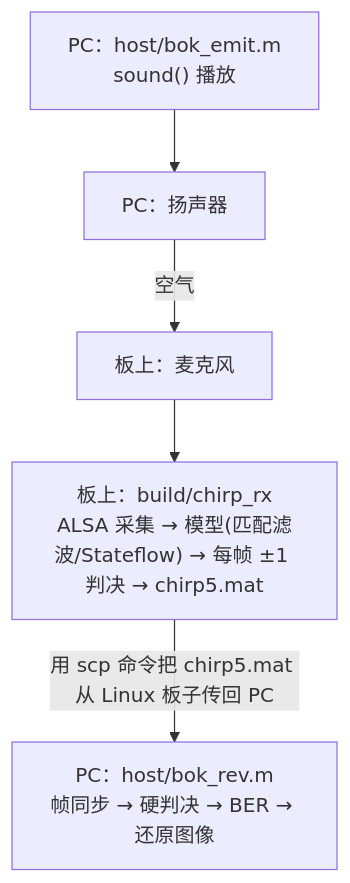
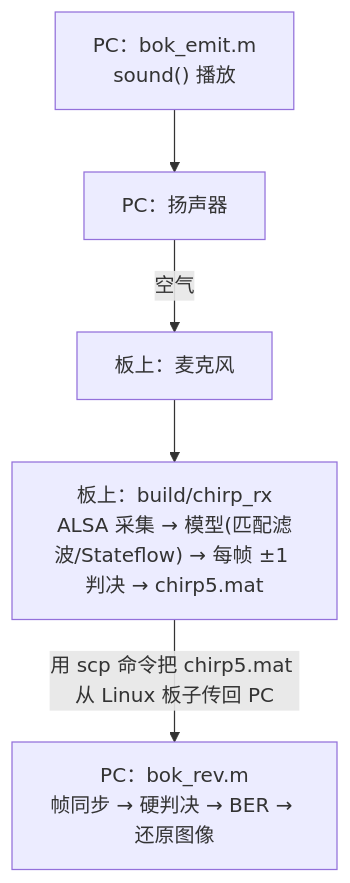
The second of 2 diagrams in documents/实验三_chirp扩频.md (padhialuo0426/portable-acoustic-sdr), drawn with Mermaid before and after one commit. The commit also changed other lines of this file and 100 other files, not shown here.

````diff
--- a/documents/实验三_chirp扩频.md
+++ b/documents/实验三_chirp扩频.md
@@ -33,11 +33,11 @@
 ```mermaid
 flowchart TD
-    emit["PC：host/bok_emit.m<br/>sound() 播放"]
+    emit["PC：bok_emit.m<br/>sound() 播放"]
     spk["PC：扬声器"]
     mic["板上：麦克风"]
     rx["板上：build/chirp_rx<br/>ALSA 采集 → 模型(匹配滤波/Stateflow) → 每帧 ±1 判决 → chirp5.mat"]
-    dec["PC：host/bok_rev.m<br/>帧同步 → 硬判决 → BER → 还原图像"]
+    dec["PC：bok_rev.m<br/>帧同步 → 硬判决 → BER → 还原图像"]
 
     emit --> spk -->|"空气"| mic --> rx
     rx -->|"用 scp 命令把 chirp5.mat 从 Linux 板子传回 PC"| dec
 ```
````
